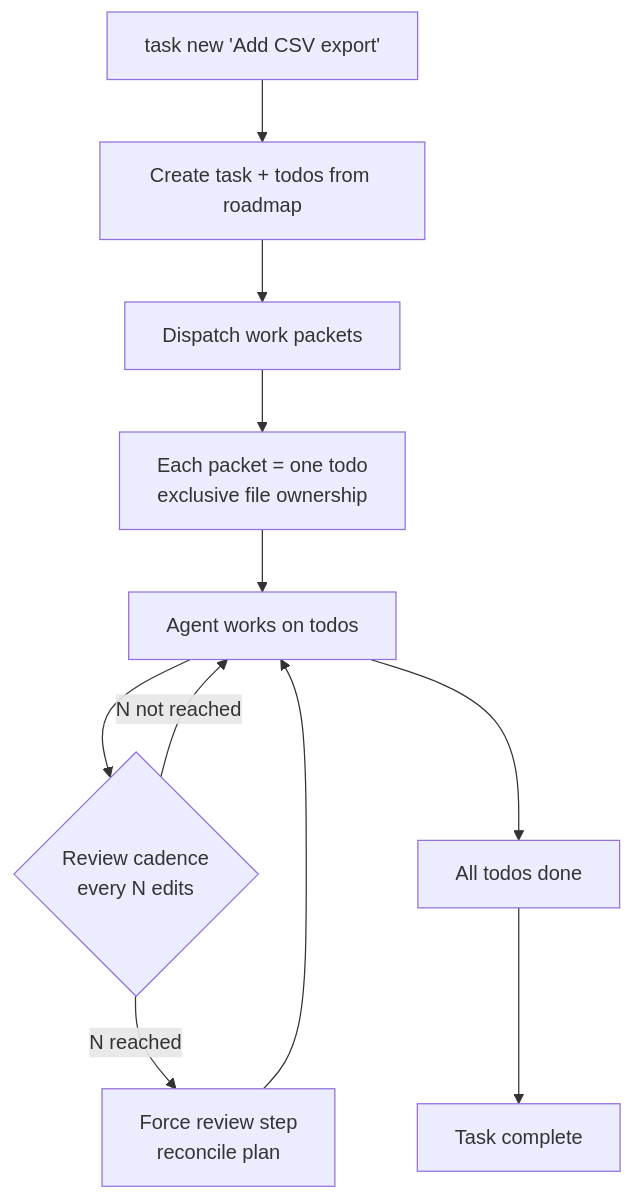
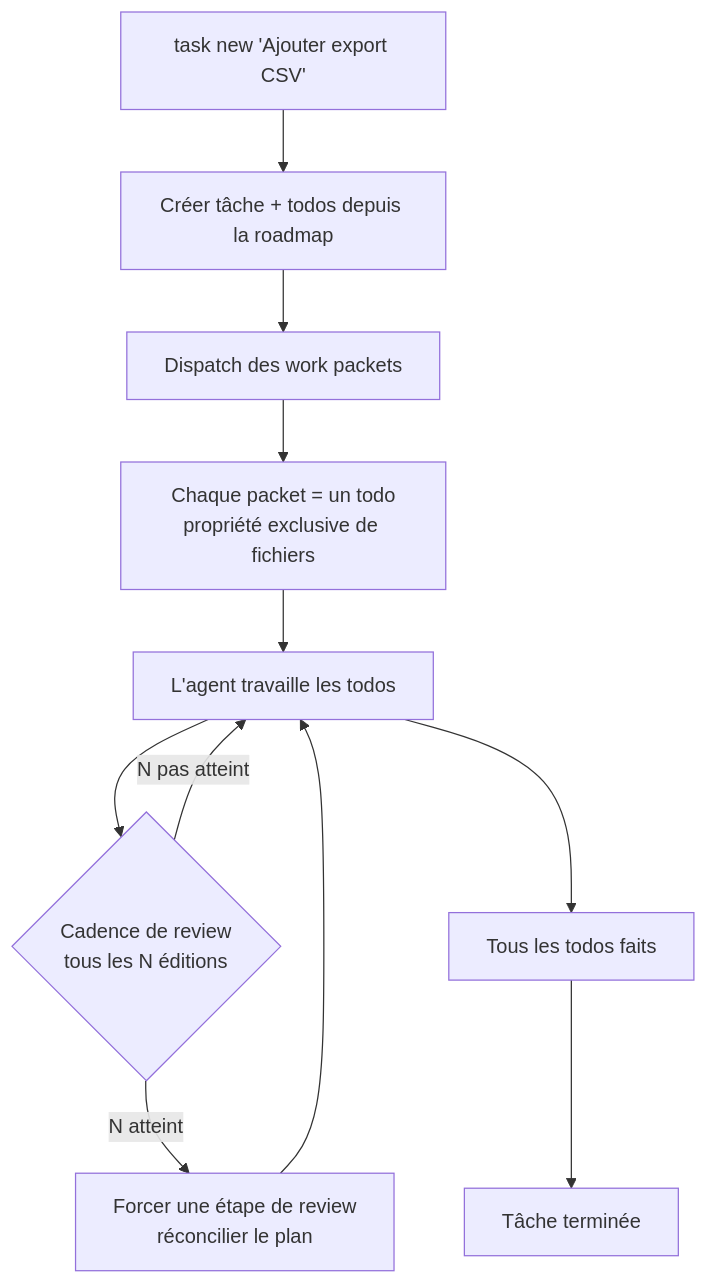
The fourth of 4 diagrams in README.md (novahiz/novahiz), drawn with Mermaid before and after one commit. The commit also changed other lines of this file and 1 other file, not shown here.

````diff
--- a/README.md
+++ b/README.md
@@ -225,13 +225,13 @@
 ```mermaid
 flowchart TD
-    A["task new 'Add CSV export'"] --> B[Create task + todos from roadmap]
-    B --> C[Dispatch work packets]
-    C --> D[Each packet = one todo<br/>exclusive file ownership]
-    D --> E[Agent works on todos]
-    E --> F{Review cadence<br/>every N edits}
-    F -->|N reached| G[Force review step<br/>reconcile plan]
-    F -->|N not reached| E
+    A["task new 'Ajouter export CSV'"] --> B[Créer tâche + todos depuis la roadmap]
+    B --> C[Dispatch des work packets]
+    C --> D[Chaque packet = un todo<br/>propriété exclusive de fichiers]
+    D --> E[L'agent travaille les todos]
+    E --> F{Cadence de review<br/>tous les N éditions}
+    F -->|N atteint| G[Forcer une étape de review<br/>réconcilier le plan]
+    F -->|N pas atteint| E
     G --> E
-    E --> H[All todos done]
-    H --> I[Task complete]
+    E --> H[Tous les todos faits]
+    H --> I[Tâche terminée]
 ```
````
